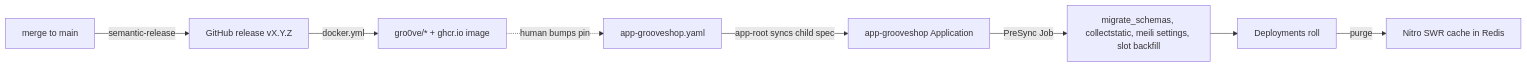
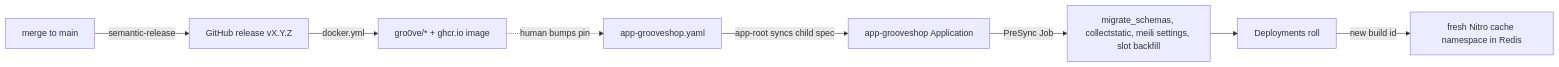
Before and after one commit to vasilistotskas/grooveshop-docs: the diagram in src/dev/operations/deploying.md, drawn with Mermaid. The commit also changed other lines of this file and 1 other file, not shown here.

First line of the commit message:
docs(operations): Nitro cache is per build; tenant purges match the host per key family

````diff
--- a/src/dev/operations/deploying.md
+++ b/src/dev/operations/deploying.md
@@ -16,10 +16,10 @@
 ```mermaid
 flowchart LR
   M[merge to main] -->|semantic-release| R[GitHub release vX.Y.Z]
   R -->|docker.yml| I[gro0ve/* + ghcr.io image]
   I -.->|human bumps pin| P[app-grooveshop.yaml]
   P -->|app-root syncs child spec| A[app-grooveshop Application]
   A -->|PreSync Job| H[migrate_schemas, collectstatic, meili settings, slot backfill]
   H --> D[Deployments roll]
-  D -->|purge| C[Nitro SWR cache in Redis]
+  D -->|new build id| C[fresh Nitro cache namespace in Redis]
 ```
````
